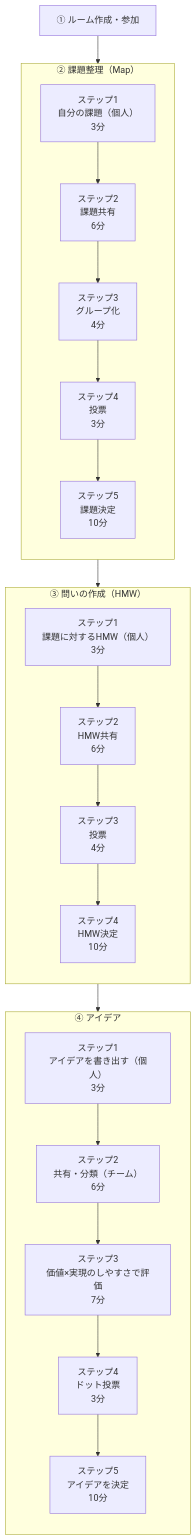
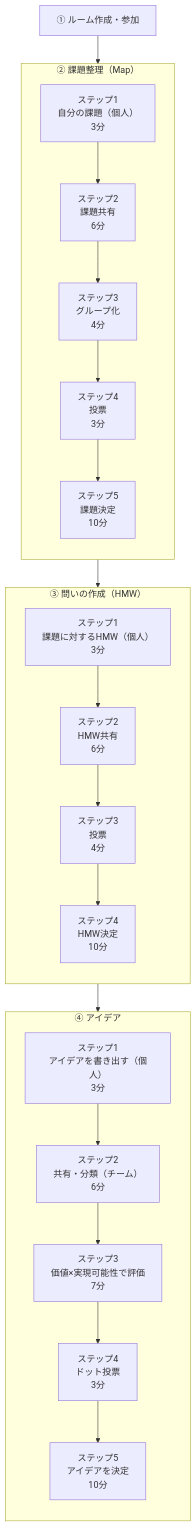
Before and after one commit to engineer-first/idea-boost: the diagram in docs/ds-feature-matrix.md, drawn with Mermaid. The commit also changed other lines of this file and 2 other files, not shown here.

````diff
--- a/docs/ds-feature-matrix.md
+++ b/docs/ds-feature-matrix.md
@@ -9,43 +9,43 @@
 ```mermaid
 flowchart TD
 
 A[① ルーム作成・参加]
 
 A --> C
 
 subgraph C["② 課題整理（Map）"]
 direction TB
 C1[ステップ1<br>自分の課題（個人）<br>3分]
 C2[ステップ2<br>課題共有<br>6分]
 C3[ステップ3<br>グループ化<br>4分]
 C4[ステップ4<br>投票<br>3分]
 C5[ステップ5<br>課題決定<br>10分]
 
 C1 --> C2 --> C3 --> C4 --> C5
 end
 
 C --> D
 
 subgraph D["③ 問いの作成（HMW）"]
 direction TB
 D1[ステップ1<br>課題に対するHMW（個人）<br>3分]
 D2[ステップ2<br>HMW共有<br>6分]
 D3[ステップ3<br>投票<br>4分]
 D4[ステップ4<br>HMW決定<br>10分]
 
 D1 --> D2 --> D3 --> D4
 end
 
 D --> E
 
 subgraph E["④ アイデア"]
 direction TB
 E1[ステップ1<br>アイデアを書き出す（個人）<br>3分]
 E2[ステップ2<br>共有・分類（チーム）<br>6分]
-E3[ステップ3<br>価値×実現のしやすさで評価<br>7分]
+E3[ステップ3<br>価値×実現可能性で評価<br>7分]
 E4[ステップ4<br>ドット投票<br>3分]
 E5[ステップ5<br>アイデアを決定<br>10分]
 
 E1 --> E2 --> E3 --> E4 --> E5
 end
 ```
````
